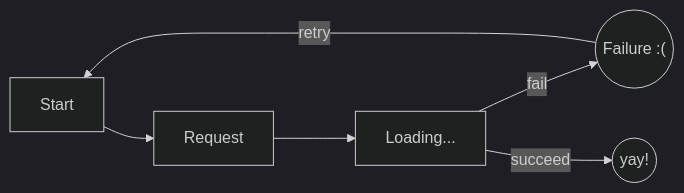
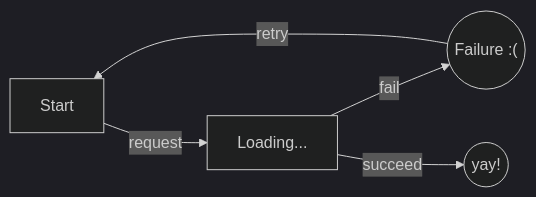
One commit to hiimmrdave/hiimmrdavedotcom changed the diagram in content/legect/fetch-subgraph.md. Above: the diagram before and after it, drawn with Mermaid (dark theme). The commit also changed other lines of this file and 2 other files, not shown here.

Commit message:
Mermaid improvements
make including the script contingent on a frontmatter piece
very light theming
adding frontmatter to pages with mermaid

````diff
--- a/content/legect/fetch-subgraph.md
+++ b/content/legect/fetch-subgraph.md
@@ -6,9 +7,8 @@
 ```mermaid
 flowchart LR
-  Start-->req
-  req[Request]-->load
+  Start--request-->load
   load[Loading...]
   load--fail--> fail(("Failure :("))
   load--succeed-->success(("yay!"))
   fail--retry-->Start
 ```
````
